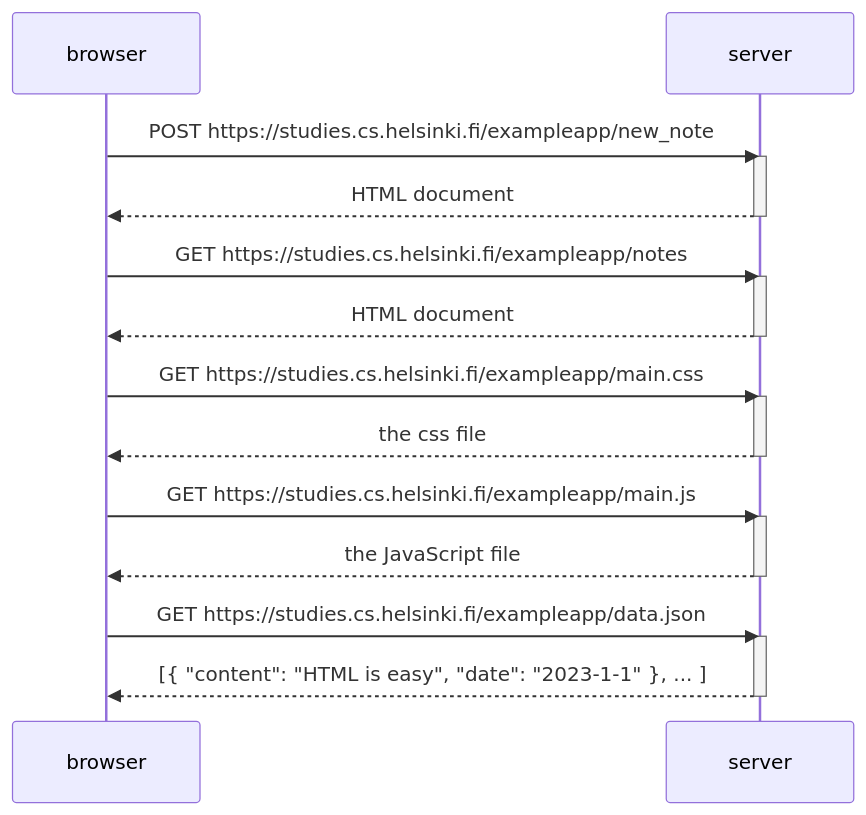
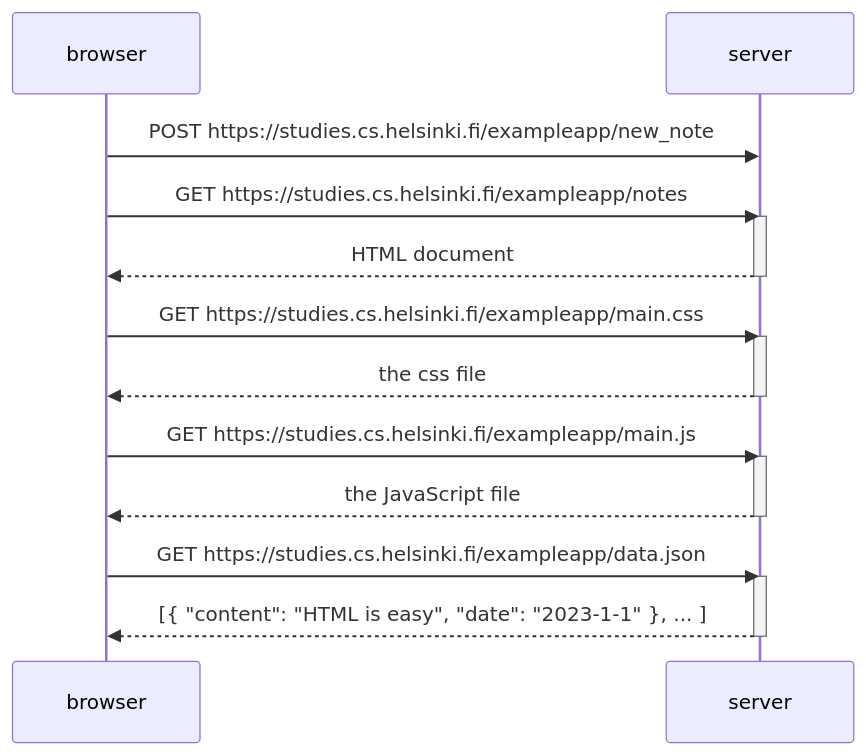
The diagram in 04file3.md (REV3NSS/FullStack), drawn with Mermaid before and after one commit.

````diff
--- a/04file3.md
+++ b/04file3.md
@@ -1,30 +1,27 @@
 ```mermaid
     sequenceDiagram
     participant browser
     participant server
 
     browser->>server: POST https://studies.cs.helsinki.fi/exampleapp/new_note
-    activate server
-    server-->>browser: HTML document
-    deactivate server
 
     browser->>server: GET https://studies.cs.helsinki.fi/exampleapp/notes
     activate server
     server-->>browser: HTML document
     deactivate server
 
     browser->>server: GET https://studies.cs.helsinki.fi/exampleapp/main.css
     activate server
     server-->>browser: the css file
     deactivate server
 
     browser->>server: GET https://studies.cs.helsinki.fi/exampleapp/main.js
     activate server
     server-->>browser: the JavaScript file
     deactivate server
 
     browser->>server: GET https://studies.cs.helsinki.fi/exampleapp/data.json
     activate server
     server-->>browser: [{ "content": "HTML is easy", "date": "2023-1-1" }, ... ]
     deactivate server
 ```
````
